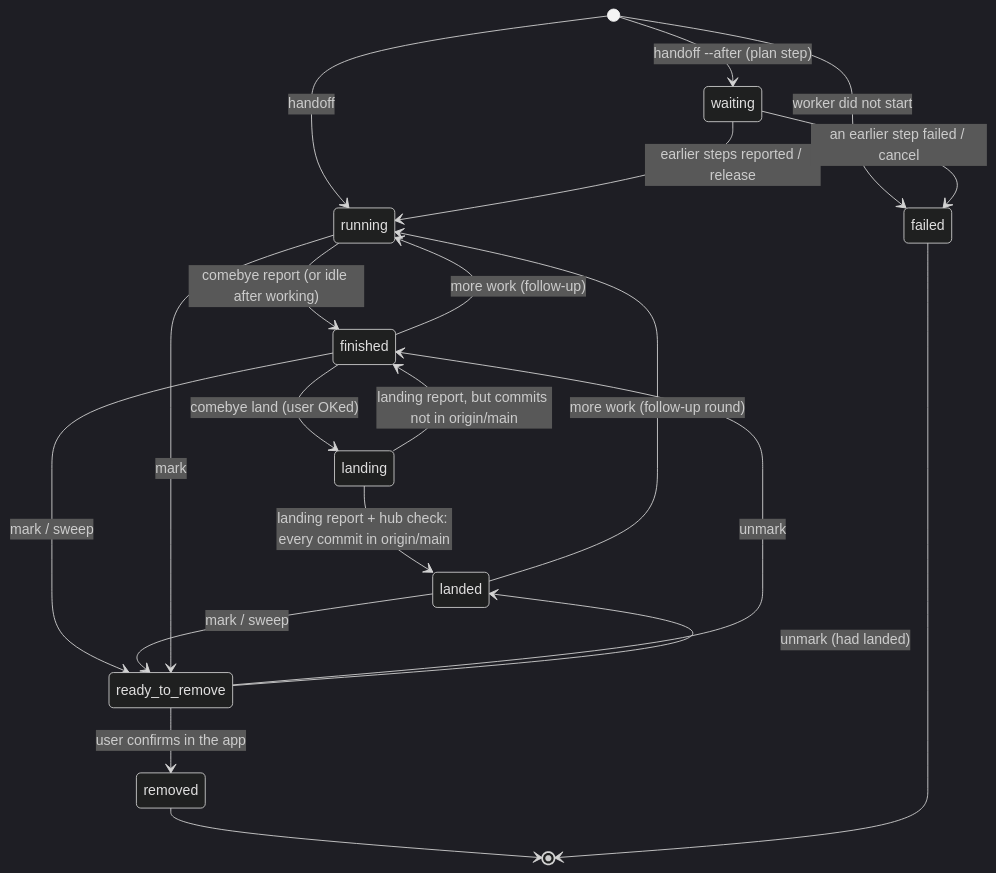
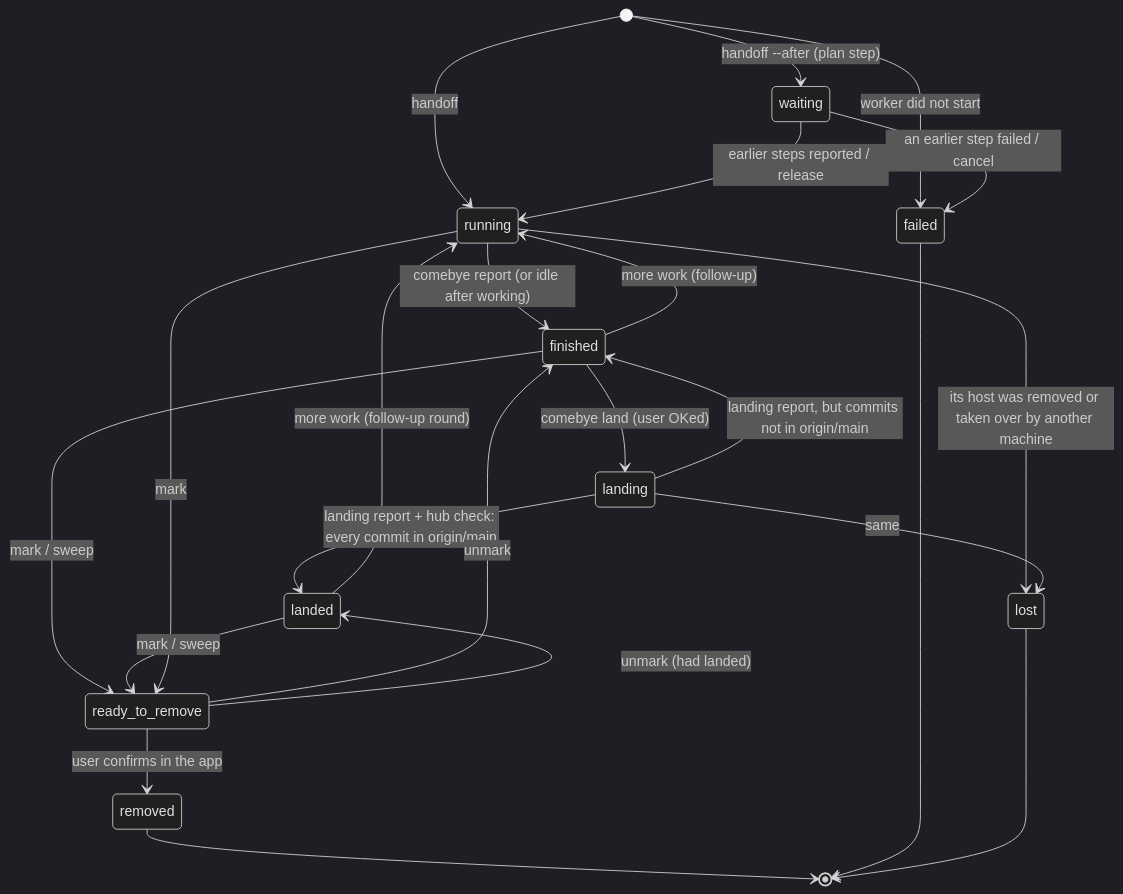
The diagram in docs/lifecycle.md (jhjaggars/comebye), drawn with Mermaid (dark theme) before and after one commit. The commit also changed other lines of this file and 23 other files, not shown here.

````diff
--- a/docs/lifecycle.md
+++ b/docs/lifecycle.md
@@ -43,22 +43,25 @@
 ```mermaid
 stateDiagram-v2
     [*] --> waiting: handoff --after (plan step)
     [*] --> running: handoff
     [*] --> failed: worker did not start
     waiting --> running: earlier steps reported / release
     waiting --> failed: an earlier step failed / cancel
     running --> finished: comebye report (or idle after working)
     finished --> running: more work (follow-up)
     finished --> landing: comebye land (user OKed)
     landing --> landed: landing report + hub check: every commit in origin/main
     landing --> finished: landing report, but commits not in origin/main
     landed --> running: more work (follow-up round)
     finished --> ready_to_remove: mark / sweep
     landed --> ready_to_remove: mark / sweep
     running --> ready_to_remove: mark
     ready_to_remove --> finished: unmark
     ready_to_remove --> landed: unmark (had landed)
     ready_to_remove --> removed: user confirms in the app
     removed --> [*]
+    running --> lost: its host was removed or taken over by another machine
+    landing --> lost: same
     failed --> [*]
+    lost --> [*]
 ```
````
